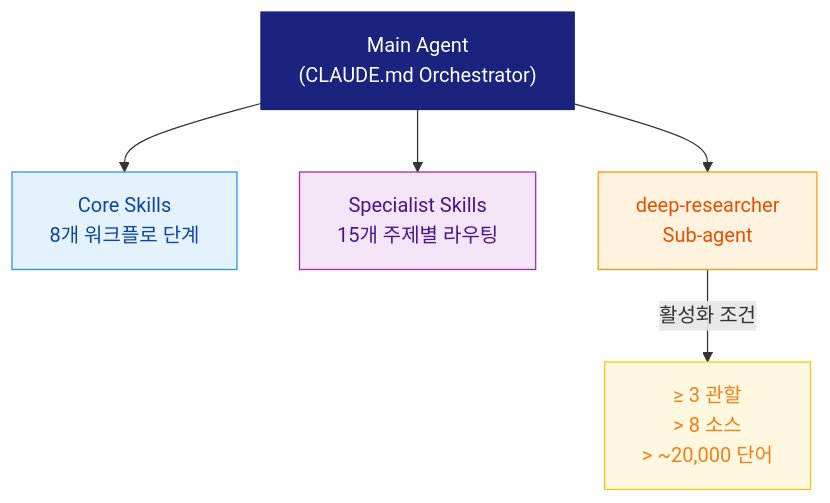
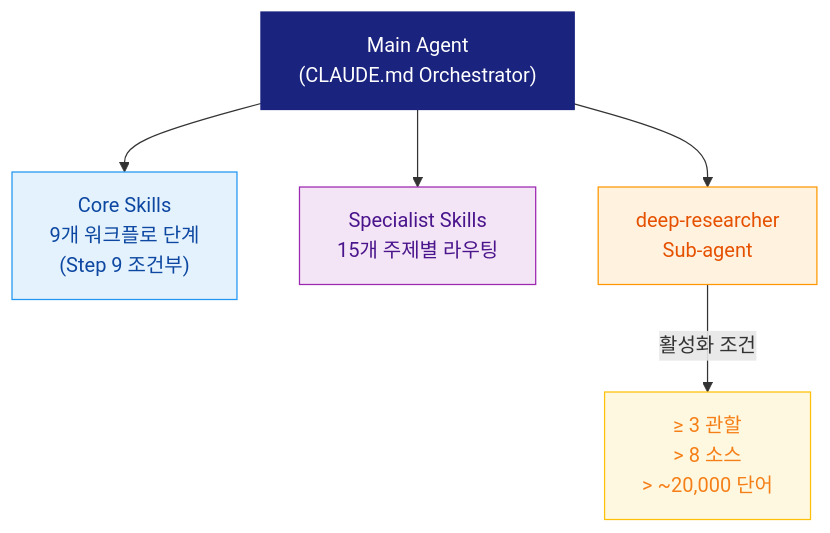
Before and after one commit to kipeum86/general-legal-research: the third of 3 diagrams in docs/ko/README.md, drawn with Mermaid. The commit also changed other lines of this file and 26 other files, not shown here.

````diff
--- a/docs/ko/README.md
+++ b/docs/ko/README.md
@@ -266,14 +271,14 @@
 ```mermaid
 graph TD
-    A["Main Agent\n(CLAUDE.md Orchestrator)"] --> B["Core Skills\n8개 워크플로 단계"]
+    A["Main Agent\n(CLAUDE.md Orchestrator)"] --> B["Core Skills\n9개 워크플로 단계\n(Step 9 조건부)"]
     A --> C["Specialist Skills\n15개 주제별 라우팅"]
     A --> D["deep-researcher\nSub-agent"]
 
     D -- "활성화 조건" --> E["≥ 3 관할\n> 8 소스\n> ~20,000 단어"]
 
     style A fill:#1a237e,stroke:#1a237e,color:#ffffff
     style B fill:#e3f2fd,stroke:#2196f3,color:#0d47a1
     style C fill:#f3e5f5,stroke:#9c27b0,color:#4a148c
     style D fill:#fff3e0,stroke:#ff9800,color:#e65100
     style E fill:#fff8e1,stroke:#ffc107,color:#f57f17
 ```
````
